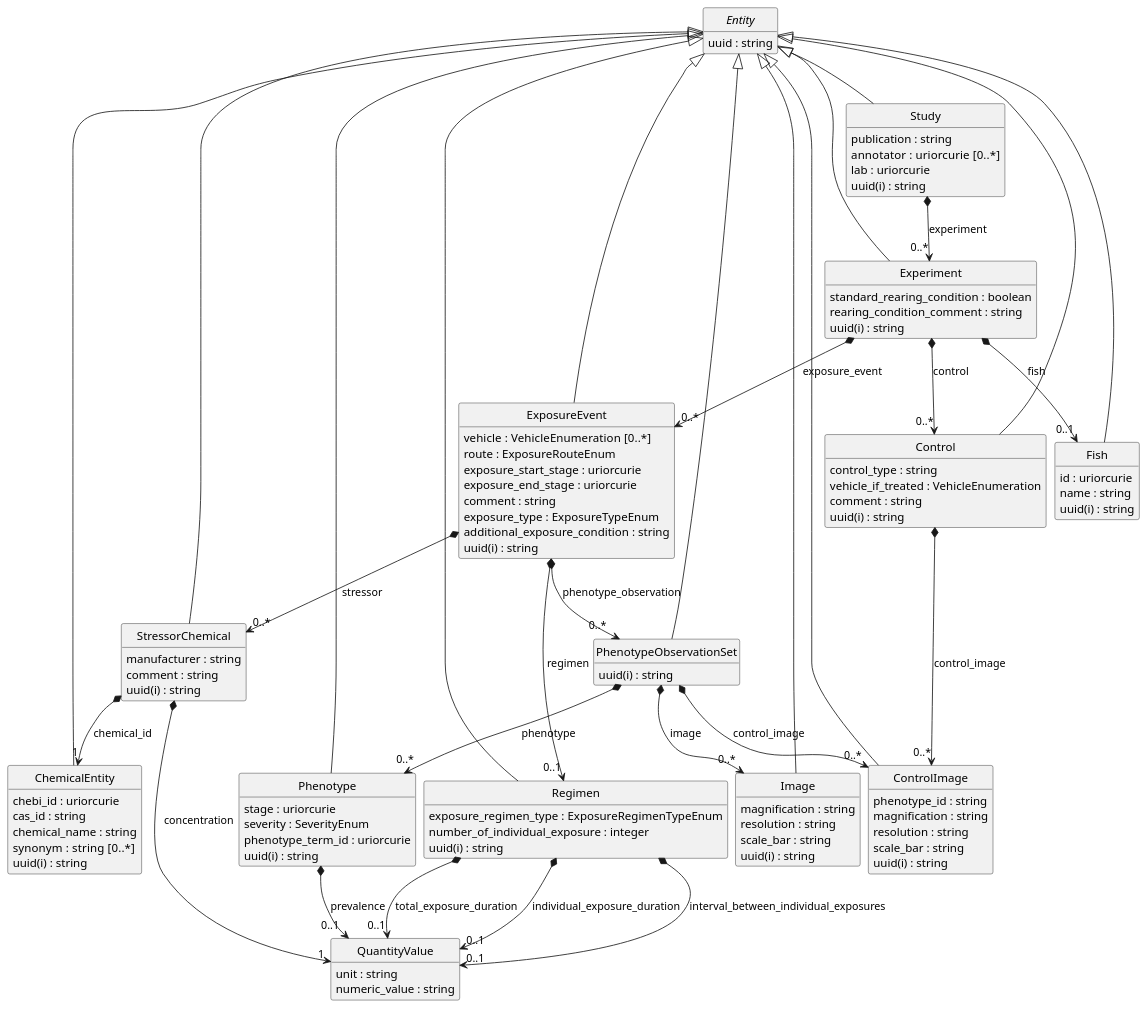
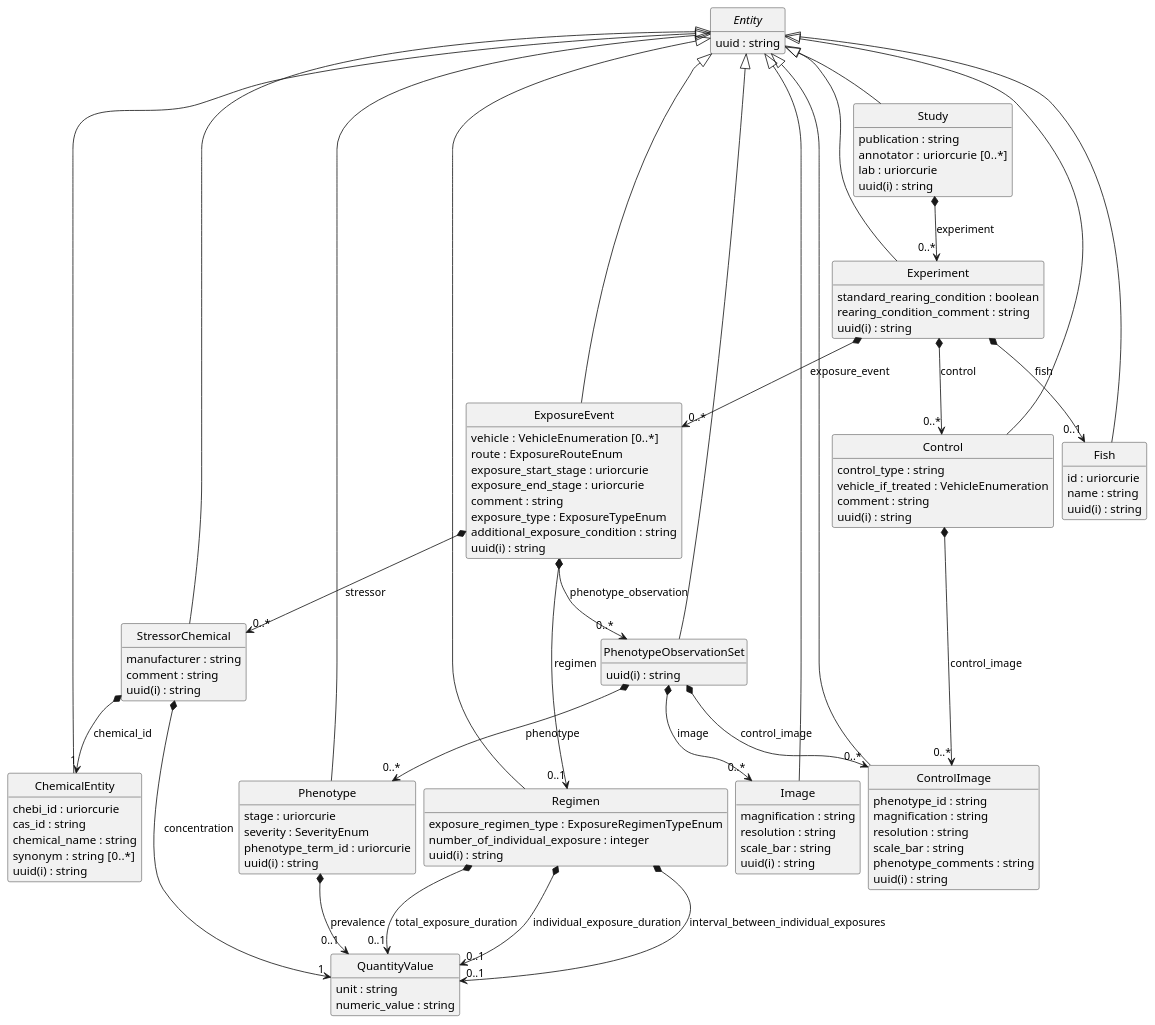
One commit to EHS-Data-Standards/zebrafish-toxicology-atlas-schema changed the diagram in schema_diagram.puml. Above: the diagram before and after it, drawn with PlantUML. The commit also changed 25 other files, not shown here.

```diff
--- a/schema_diagram.puml
+++ b/schema_diagram.puml
@@ -1,112 +1,113 @@
 @startuml
 skinparam nodesep 10
 hide circle
 hide empty members
 class "StressorChemical" [[{A chemical, that elicit a response (a phenotype) in a subject when when encountered through exposure.}]] {
     {field} manufacturer : string  
     {field} comment : string  
     {field} uuid(i) : string  
 }
 class "QuantityValue" [[{A value of an attribute that is quantitative and measurable, expressed as a combination of a unit and a numeric value}]] {
     {field} unit : string  
     {field} numeric_value : string  
 }
 class "Regimen" [[{The schedule and pattern of an exposure event.}]] {
     {field} exposure_regimen_type : ExposureRegimenTypeEnum  
     {field} number_of_individual_exposure : integer  
     {field} uuid(i) : string  
 }
 class "Phenotype" [[{Any measurable or visible trait change in the subject as a result of exposure.}]] {
     {field} stage : uriorcurie  
     {field} severity : SeverityEnum  
     {field} phenotype_term_id : uriorcurie  
     {field} uuid(i) : string  
 }
 "StressorChemical" *--> "1" "QuantityValue" : "concentration"
 "Regimen" *--> "0..1" "QuantityValue" : "individual_exposure_duration"
 "Regimen" *--> "0..1" "QuantityValue" : "interval_between_individual_exposures"
 "Phenotype" *--> "0..1" "QuantityValue" : "prevalence"
 "Regimen" *--> "0..1" "QuantityValue" : "total_exposure_duration"
 class "ChemicalEntity" [[{The chemical used as the stressor chemical in an exposure event.}]] {
     {field} chebi_id : uriorcurie  
     {field} cas_id : string  
     {field} chemical_name : string  
     {field} synonym : string  [0..*]
     {field} uuid(i) : string  
 }
 class "ExposureEvent" [[{An occurrence in a study where a subject is exposed to a stressor under defined conditions.}]] {
     {field} vehicle : VehicleEnumeration  [0..*]
     {field} route : ExposureRouteEnum  
     {field} exposure_start_stage : uriorcurie  
     {field} exposure_end_stage : uriorcurie  
     {field} comment : string  
     {field} exposure_type : ExposureTypeEnum  
     {field} additional_exposure_condition : string  
     {field} uuid(i) : string  
 }
 abstract "Entity" [[{The base class for all entities in the Zebrafish Toxicology Atlas Schema.}]] {
     {field} uuid : string  
 }
 "StressorChemical" *--> "1" "ChemicalEntity" : "chemical_id"
 "ExposureEvent" *--> "0..*" "StressorChemical" : "stressor"
 "Entity" ^-- "StressorChemical"
 "ExposureEvent" *--> "0..1" "Regimen" : "regimen"
 "Entity" ^-- "Regimen"
 class "PhenotypeObservationSet" [[{A phenotypic outcome resulting from an exposure event.}]] {
     {field} uuid(i) : string  
 }
 "PhenotypeObservationSet" *--> "0..*" "Phenotype" : "phenotype"
 "Entity" ^-- "Phenotype"
 class "ControlImage" [[{An image associated with a control, taken at the same developmental stage as the corresponding phenotype observation.}]] {
     {field} phenotype_id : string  
     {field} magnification : string  
     {field} resolution : string  
     {field} scale_bar : string  
+    {field} phenotype_comments : string  
     {field} uuid(i) : string  
 }
 class "Image" [[{An image associated with a phenotype observation.}]] {
     {field} magnification : string  
     {field} resolution : string  
     {field} scale_bar : string  
     {field} uuid(i) : string  
 }
 "PhenotypeObservationSet" *--> "0..*" "ControlImage" : "control_image"
 "PhenotypeObservationSet" *--> "0..*" "Image" : "image"
 "ExposureEvent" *--> "0..*" "PhenotypeObservationSet" : "phenotype_observation"
 "Entity" ^-- "PhenotypeObservationSet"
 "Entity" ^-- "Image"
 class "Experiment" [[{Group of observations (phenotypic outcomes and their control) that are linked by a common experiment and subject that are part of a study.}]] {
     {field} standard_rearing_condition : boolean  
     {field} rearing_condition_comment : string  
     {field} uuid(i) : string  
 }
 "Experiment" *--> "0..*" "ExposureEvent" : "exposure_event"
 "Entity" ^-- "ExposureEvent"
 class "Control" [[{Information about controls used in the experiment, including the type of control (wildtype vs mutant, treated vs untreated) and vehicle information if applicable.}]] {
     {field} control_type : string  
     {field} vehicle_if_treated : VehicleEnumeration  
     {field} comment : string  
     {field} uuid(i) : string  
 }
 class "Fish" [[{Zebrafish used as subject in the study.}]] {
     {field} id : uriorcurie  
     {field} name : string  
     {field} uuid(i) : string  
 }
 class "Study" [[{A toxicological investigation, including the experimental conditions and phenotypic outcomes, with information provenance.}]] {
     {field} publication : string  
     {field} annotator : uriorcurie  [0..*]
     {field} lab : uriorcurie  
     {field} uuid(i) : string  
 }
 "Experiment" *--> "0..*" "Control" : "control"
 "Experiment" *--> "0..1" "Fish" : "fish"
 "Study" *--> "0..*" "Experiment" : "experiment"
 "Entity" ^-- "Experiment"
 "Entity" ^-- "Study"
 "Entity" ^-- "Fish"
 "Entity" ^-- "ControlImage"
 "Entity" ^-- "Control"
 "Entity" ^-- "ChemicalEntity"
 "Control" *--> "0..*" "ControlImage" : "control_image"
 @enduml
```
